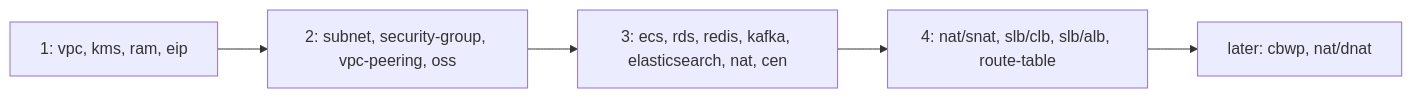
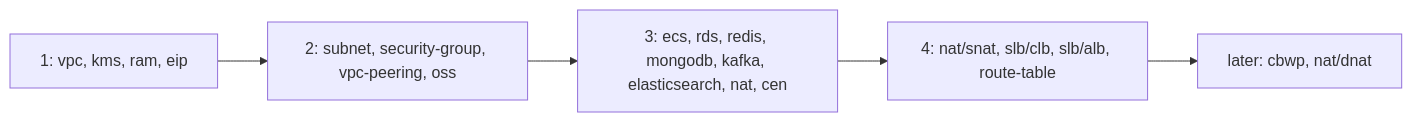
One commit to dimaskiddo/tofu-alibaba changed the fourth of 5 diagrams in docs/WORKFLOWS.md. Above: the diagram before and after it, drawn with Mermaid. The commit also changed other lines of this file and 23 other files, not shown here.

````diff
--- a/docs/WORKFLOWS.md
+++ b/docs/WORKFLOWS.md
@@ -381,7 +395,7 @@
 ```mermaid
 flowchart LR
     L1["1: vpc, kms, ram, eip"] --> L2["2: subnet, security-group, vpc-peering, oss"]
-    L2 --> L3["3: ecs, rds, redis, kafka, elasticsearch, nat, cen"]
+    L2 --> L3["3: ecs, rds, redis, mongodb, kafka, elasticsearch, nat, cen"]
     L3 --> L4["4: nat/snat, slb/clb, slb/alb, route-table"]
     L4 --> L5["later: cbwp, nat/dnat"]
 ```
````
